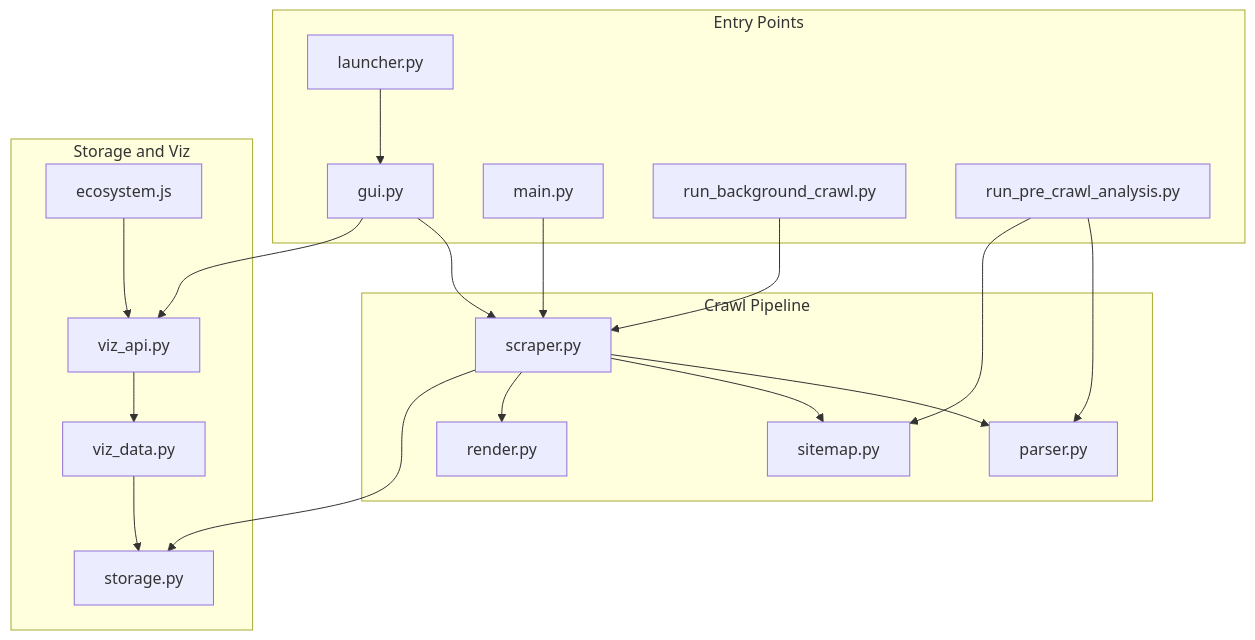
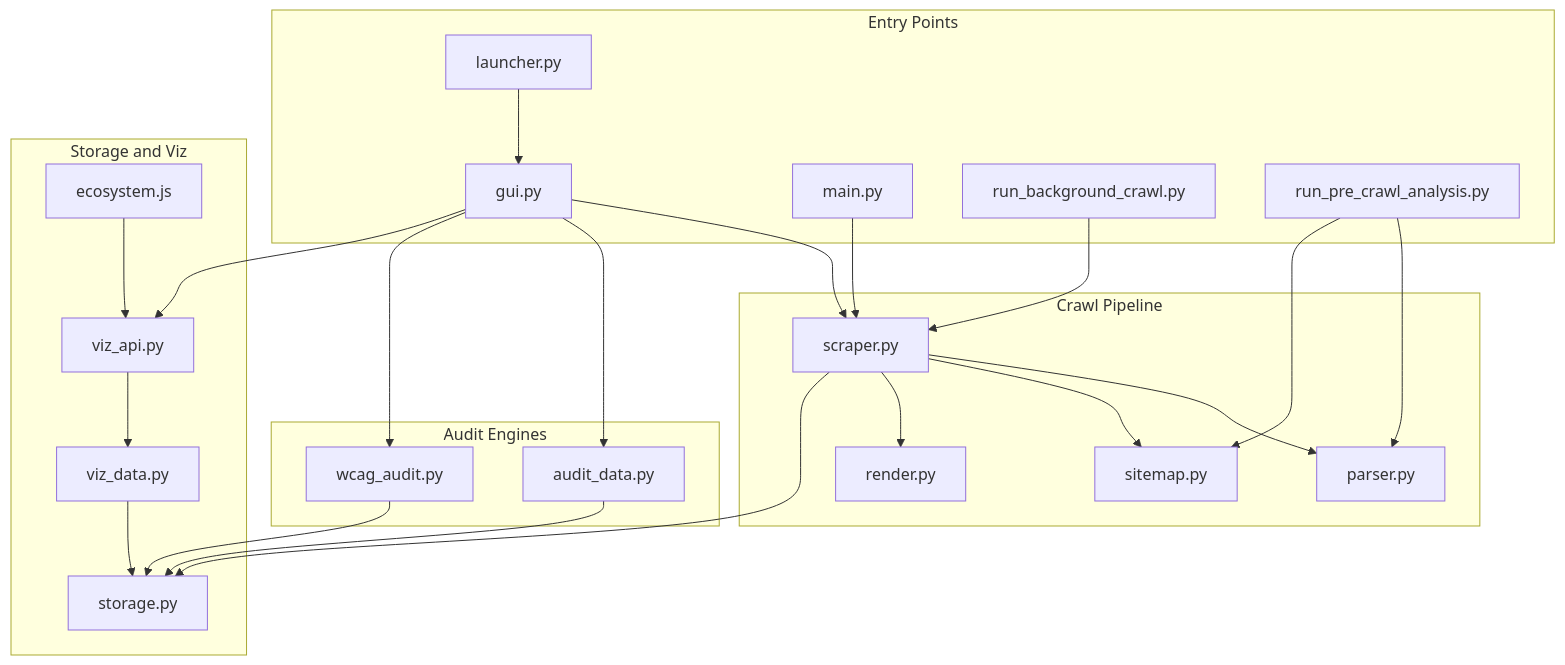
The first of 10 diagrams in architecture.md (hooperstu/CrawlStreetJournal), drawn with Mermaid before and after one commit. The commit also changed other lines of this file and 1 other file, not shown here.

First line of the commit message:
Update README.md and architecture.md for new features

````diff
--- a/architecture.md
+++ b/architecture.md
@@ -35,36 +38,44 @@
 ```mermaid
 graph TD
     subgraph entryPoints [Entry Points]
         launcher[launcher.py]
         guiPy[gui.py]
         mainPy[main.py]
         bgCrawl[run_background_crawl.py]
         preAnalysis[run_pre_crawl_analysis.py]
     end
     subgraph pipeline [Crawl Pipeline]
         scraper[scraper.py]
         parser[parser.py]
         sitemap[sitemap.py]
         renderPy[render.py]
     end
+    subgraph auditEngines [Audit Engines]
+        auditData[audit_data.py]
+        wcagAudit[wcag_audit.py]
+    end
     subgraph storageViz [Storage and Viz]
         storage[storage.py]
         vizData[viz_data.py]
         vizApi[viz_api.py]
         ecosystemJs[ecosystem.js]
     end
     launcher --> guiPy
     guiPy --> scraper
+    guiPy --> auditData
+    guiPy --> wcagAudit
     mainPy --> scraper
     bgCrawl --> scraper
     preAnalysis --> parser
     preAnalysis --> sitemap
     scraper --> parser
     scraper --> sitemap
     scraper --> renderPy
     scraper --> storage
+    auditData --> storage
+    wcagAudit --> storage
     guiPy --> vizApi
     vizApi --> vizData
     vizData --> storage
     ecosystemJs --> vizApi
 ```
````
